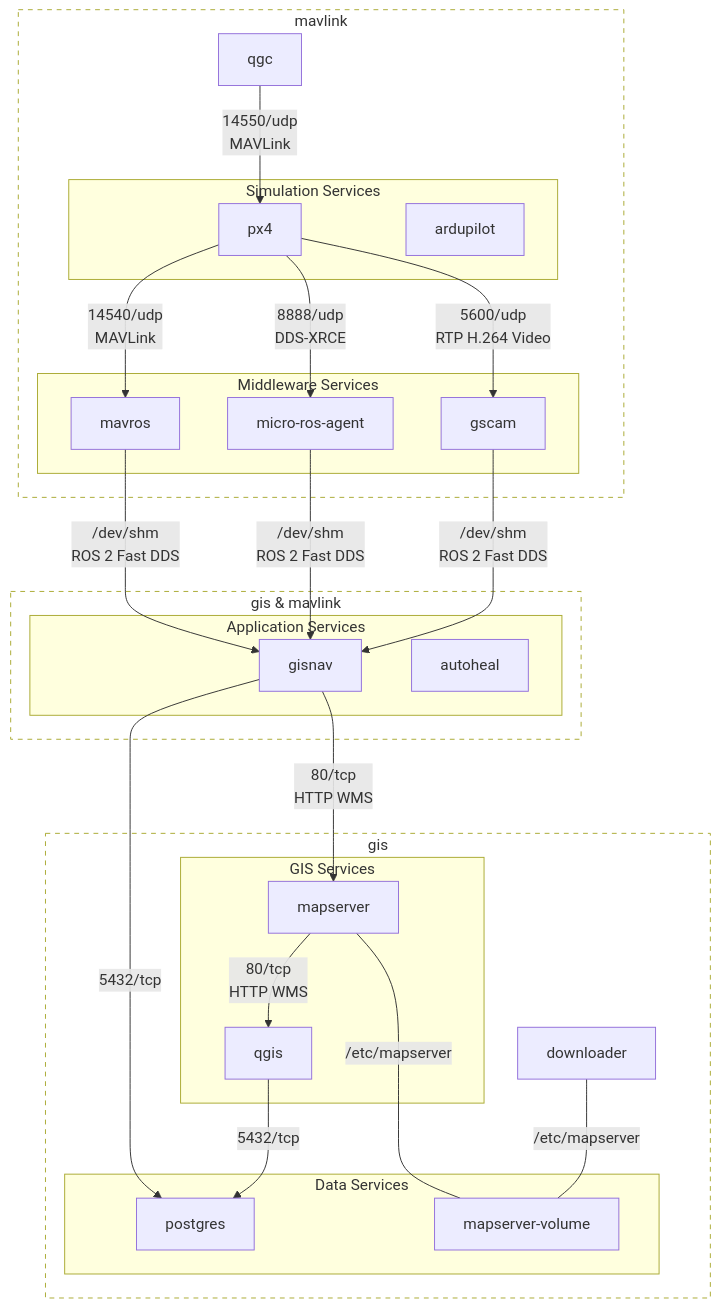
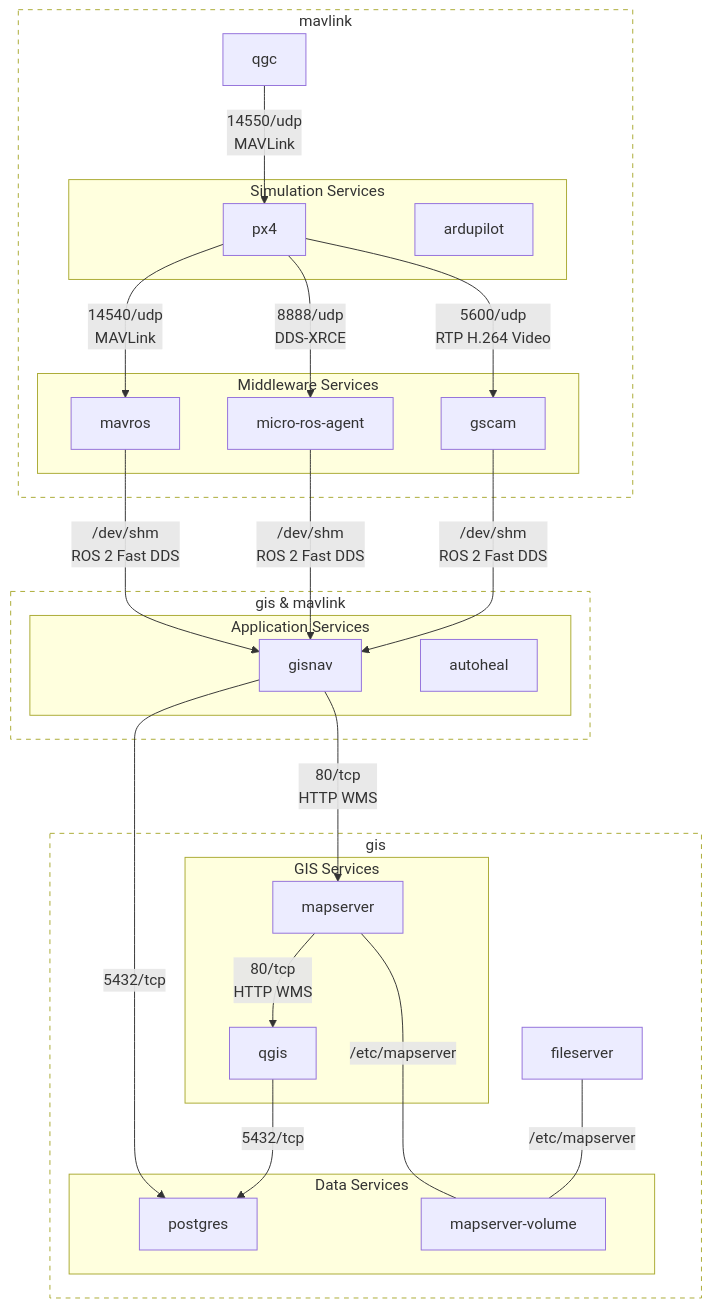
One commit to hmakelin/gisnav changed the diagram in docs/pages/developer_guide/offboard/docker_compose.rst. Above: the diagram before and after it, drawn with Mermaid. The commit also changed 6 other files, not shown here.

Commit message:
Make mapserver and fileserver share same base layer

```diff
--- a/docs/pages/developer_guide/offboard/docker_compose.rst
+++ b/docs/pages/developer_guide/offboard/docker_compose.rst
@@ -42,52 +42,52 @@
 .. mermaid::
 
     graph TD
         subgraph mavlink ["mavlink"]
             mavlink_qgc[qgc]
             subgraph simulation ["Simulation Services"]
                 simulation_px4[px4]
                 simulation_ardupilot[ardupilot]
             end
             subgraph middleware ["Middleware Services"]
                 middleware_mavros[mavros]
                 middleware_micro_ros_agent[micro-ros-agent]
                 middleware_gscam[gscam]
             end
         end
 
         subgraph gis_mavlink ["gis & mavlink"]
             subgraph application ["Application Services"]
                 application_gisnav[gisnav]
                 application_autoheal[autoheal]
             end
         end
 
         subgraph gis ["gis"]
             subgraph gis_services ["GIS Services"]
                 gis_mapserver[mapserver]
                 gis_qgis[qgis]
             end
             subgraph data_services ["Data Services"]
                 gis_postgres[postgres]
                 gis_mapserver_volume[mapserver-volume]
             end
-            gis_downloader[downloader]
+            gis_fileserver[fileserver]
         end
 
         mavlink_qgc -->|14550/udp\nMAVLink| simulation_px4
         simulation_px4 -->|14540/udp\nMAVLink| middleware_mavros
         simulation_px4 -->|8888/udp\nDDS-XRCE | middleware_micro_ros_agent
         simulation_px4 -->|5600/udp\nRTP H.264 Video| middleware_gscam
         middleware_mavros -->|/dev/shm\nROS 2 Fast DDS| application_gisnav
         middleware_micro_ros_agent -->|/dev/shm\nROS 2 Fast DDS| application_gisnav
         middleware_gscam -->|/dev/shm\nROS 2 Fast DDS| application_gisnav
         application_gisnav -->|5432/tcp| gis_postgres
 
         application_gisnav -->|80/tcp\nHTTP WMS| gis_mapserver
         gis_mapserver -->|80/tcp\nHTTP WMS| gis_qgis
         gis_qgis -->|5432/tcp| gis_postgres
         gis_mapserver ---|/etc/mapserver| gis_mapserver_volume
-        gis_downloader ---|/etc/mapserver| gis_mapserver_volume
+        gis_fileserver ---|/etc/mapserver| gis_mapserver_volume
 
         classDef network fill:transparent,stroke-dasharray:5 5;
         class mavlink,gis,gis_mavlink network
```
